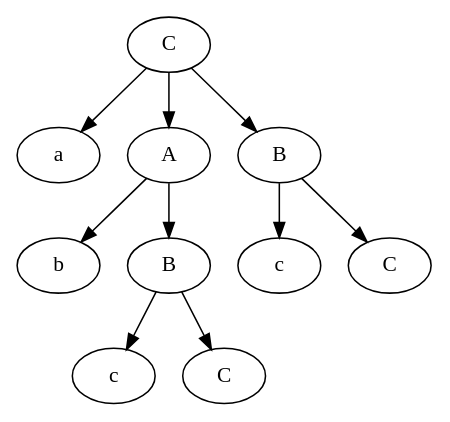
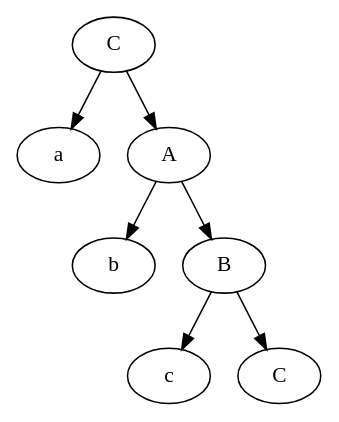
Before and after one commit to Barashkov-GO/tfl_lab3: the diagram in results/test4_C.gv, drawn with Graphviz. The commit also changed 12 other files, not shown here.

```diff
--- a/results/test4_C.gv
+++ b/results/test4_C.gv
@@ -1,22 +1,16 @@
 digraph G {
 	0[label="C"]
 	1[label="a"]
 	6[label="A"]
 	2[label="b"]
 	5[label="B"]
 	3[label="c"]
 	4[label="C"]
 	5->3
 	5->4
 	6->2
 	6->5
-	9[label="B"]
-	7[label="c"]
-	8[label="C"]
-	9->7
-	9->8
 	0->1
 	0->6
-	0->9
 
 }
```
